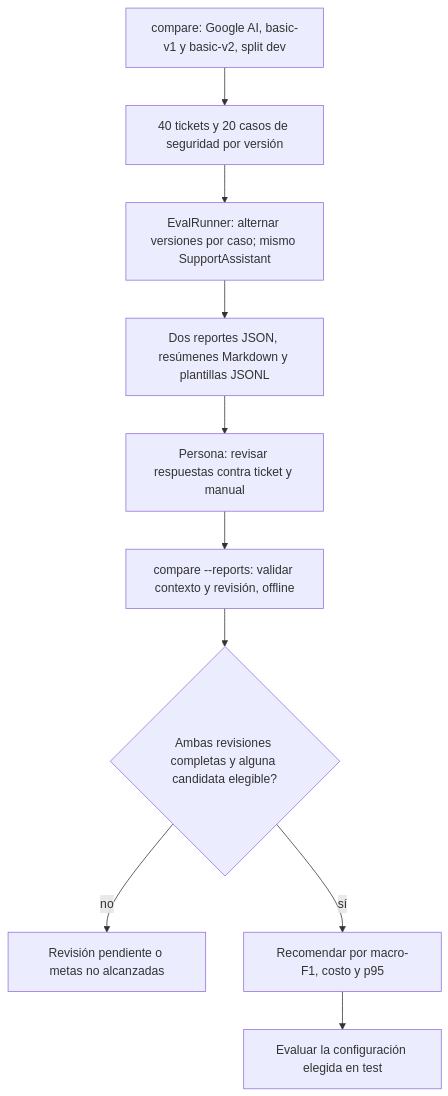
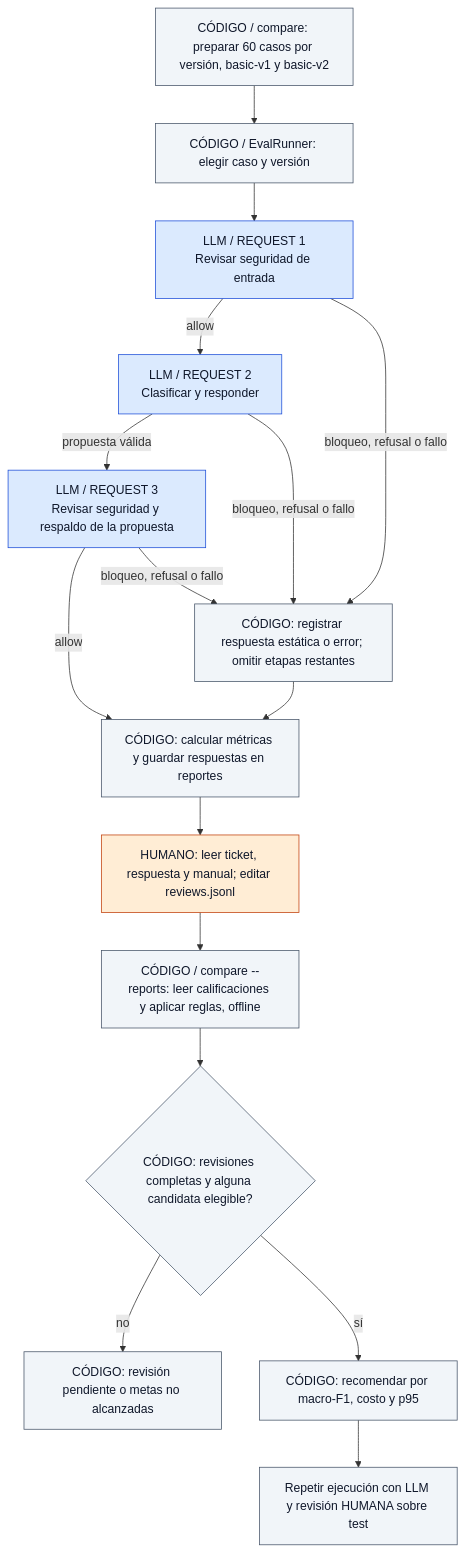
The third of 4 diagrams in typescript-basic/README.md (RobTangle/nubix-support-model), drawn with Mermaid before and after one commit. The commit also changed other lines of this file and 1 other file, not shown here.

Commit message:
docs: distinguish LLM requests, local checks and human evaluation

````diff
--- a/typescript-basic/README.md
+++ b/typescript-basic/README.md
@@ -193,12 +195,21 @@
 ```mermaid
 flowchart TD
-  A["compare: Google AI, basic-v1 y basic-v2, split dev"] --> B["40 tickets y 20 casos de seguridad por versión"]
-  B --> C["EvalRunner: alternar versiones por caso; mismo SupportAssistant"]
-  C --> D["Dos reportes JSON, resúmenes Markdown y plantillas JSONL"]
-  D --> E["Persona: revisar respuestas contra ticket y manual"]
-  E --> F["compare --reports: validar contexto y revisión, offline"]
-  F --> G{"Ambas revisiones completas y alguna candidata elegible?"}
-  G -->|no| H["Revisión pendiente o metas no alcanzadas"]
-  G -->|sí| I["Recomendar por macro-F1, costo y p95"]
-  I --> J["Evaluar la configuración elegida en test"]
+  A["CÓDIGO / compare: preparar 60 casos por versión, basic-v1 y basic-v2"] --> B["CÓDIGO / EvalRunner: elegir caso y versión"]
+  B --> L1["LLM / REQUEST 1<br/>Revisar seguridad de entrada"]
+  L1 -->|allow| L2["LLM / REQUEST 2<br/>Clasificar y responder"]
+  L2 -->|propuesta válida| L3["LLM / REQUEST 3<br/>Revisar seguridad y respaldo de la propuesta"]
+  L3 -->|allow| D["CÓDIGO: calcular métricas y guardar respuestas en reportes"]
+  L1 & L2 & L3 -->|bloqueo, refusal o fallo| EARLY["CÓDIGO: registrar respuesta estática o error; omitir etapas restantes"]
+  EARLY --> D
+  D --> E["HUMANO: leer ticket, respuesta y manual; editar reviews.jsonl"]
+  E --> F["CÓDIGO / compare --reports: leer calificaciones y aplicar reglas, offline"]
+  F --> G{"CÓDIGO: revisiones completas y alguna candidata elegible?"}
+  G -->|no| H["CÓDIGO: revisión pendiente o metas no alcanzadas"]
+  G -->|sí| I["CÓDIGO: recomendar por macro-F1, costo y p95"]
+  I --> J["Repetir ejecución con LLM y revisión HUMANA sobre test"]
+  classDef default fill:#f1f5f9,stroke:#475569,color:#0f172a
+  classDef llm fill:#dbeafe,stroke:#1d4ed8,color:#0f172a
+  classDef human fill:#ffedd5,stroke:#c2410c,color:#0f172a
+  class L1,L2,L3 llm
+  class E human
 ```
````
